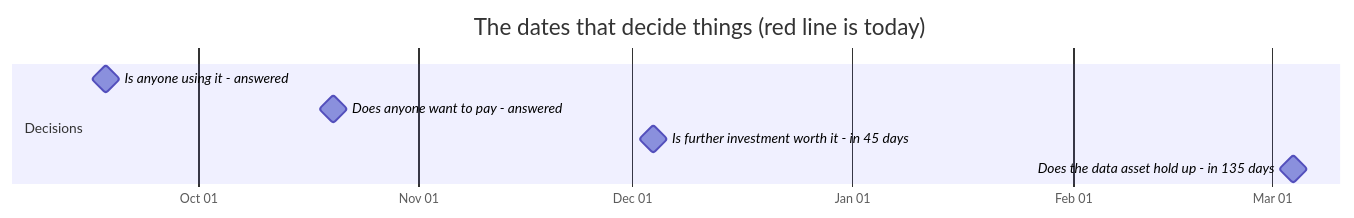
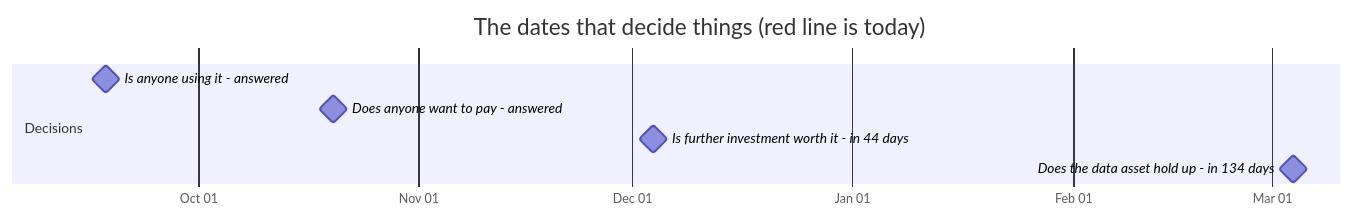
The first of 2 diagrams in docs/OWNER.md (jakegu1/vetagent), drawn with Mermaid before and after one commit. The commit also changed other lines of this file and 1 other file, not shown here.

````diff
--- a/docs/OWNER.md
+++ b/docs/OWNER.md
@@ -67,12 +67,12 @@
 ```mermaid
 gantt
     dateFormat YYYY-MM-DD
     axisFormat %b %d
     todayMarker stroke-width:3px,stroke:#d33,stroke-dasharray:0
     title The dates that decide things (red line is today)
     section Decisions
     Is anyone using it - answered :milestone, 2026-09-18, 0d
     Does anyone want to pay - answered :milestone, 2026-10-20, 0d
-    Is further investment worth it - in 45 days :milestone, 2026-12-04, 0d
-    Does the data asset hold up - in 135 days :milestone, 2027-03-04, 0d
+    Is further investment worth it - in 44 days :milestone, 2026-12-04, 0d
+    Does the data asset hold up - in 134 days :milestone, 2027-03-04, 0d
 ```
````
